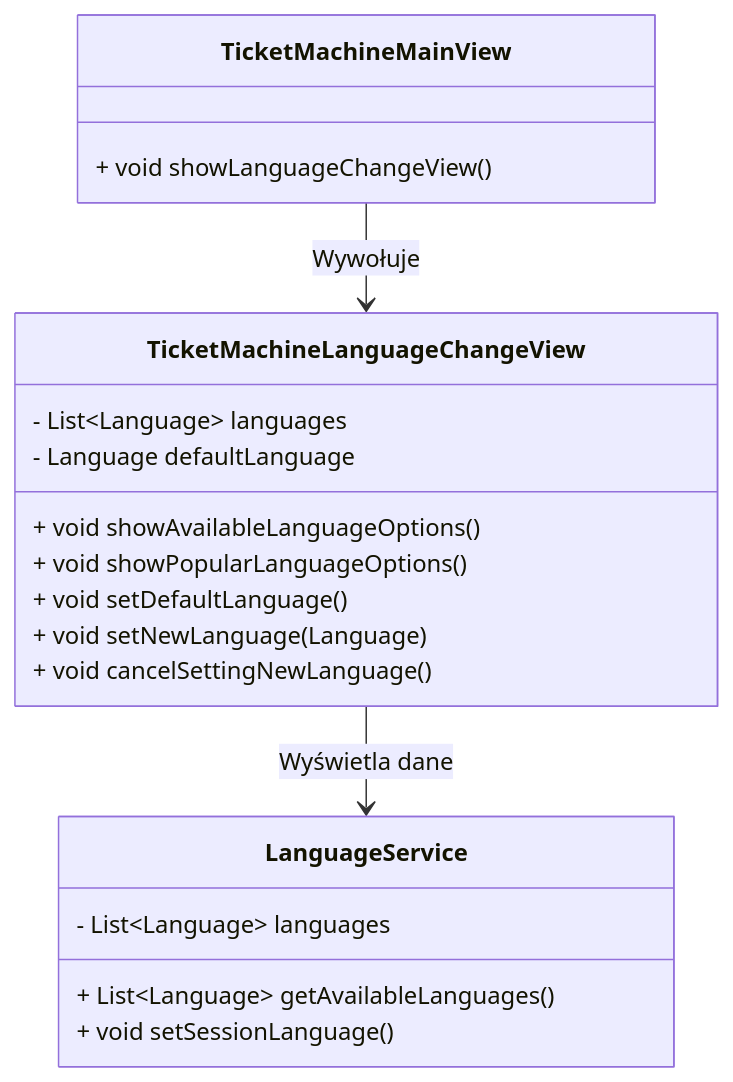
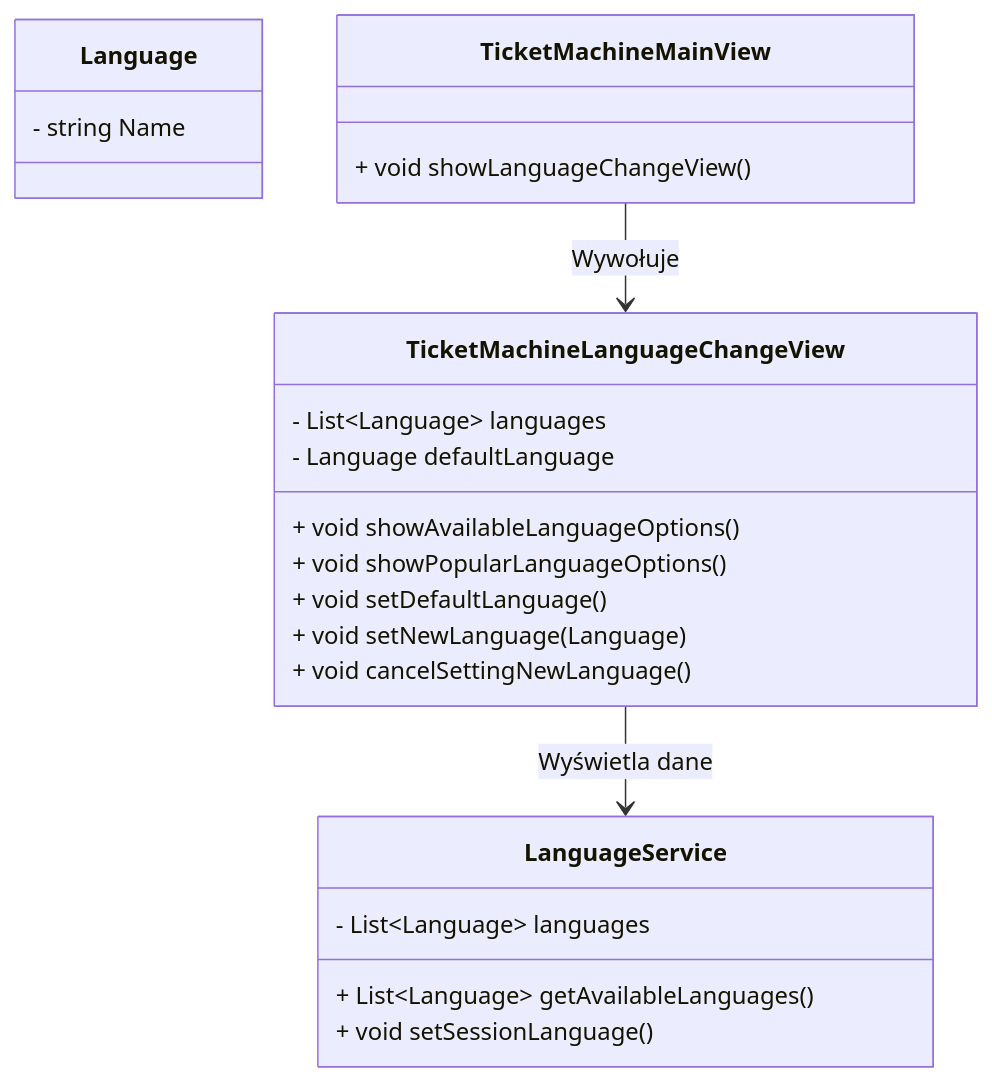
The tenth of 10 diagrams in userstories/user.md (MarcinMarszewski/dowolna_nazwa), drawn with Mermaid before and after one commit.

````diff
--- a/userstories/user.md
+++ b/userstories/user.md
@@ -538,25 +538,29 @@
 ```mermaid
 classDiagram
+  class Language {
+  - string Name
+  }
+
   class TicketMachineMainView {
     + void showLanguageChangeView()
   }
 
   class TicketMachineLanguageChangeView {
     - List&lt;Language> languages
+    - Language defaultLanguage
     + void showAvailableLanguageOptions()
-    - Language defaultLanguage
     + void showPopularLanguageOptions()
     + void setDefaultLanguage()
     + void setNewLanguage(Language)
     + void cancelSettingNewLanguage()
   }
 
   class LanguageService {
     - List&lt;Language> languages
     + List&lt;Language> getAvailableLanguages()
     + void setSessionLanguage()
   }
 
   TicketMachineMainView --> TicketMachineLanguageChangeView : Wywołuje
   TicketMachineLanguageChangeView --> LanguageService : Wyświetla dane
 ```
````
